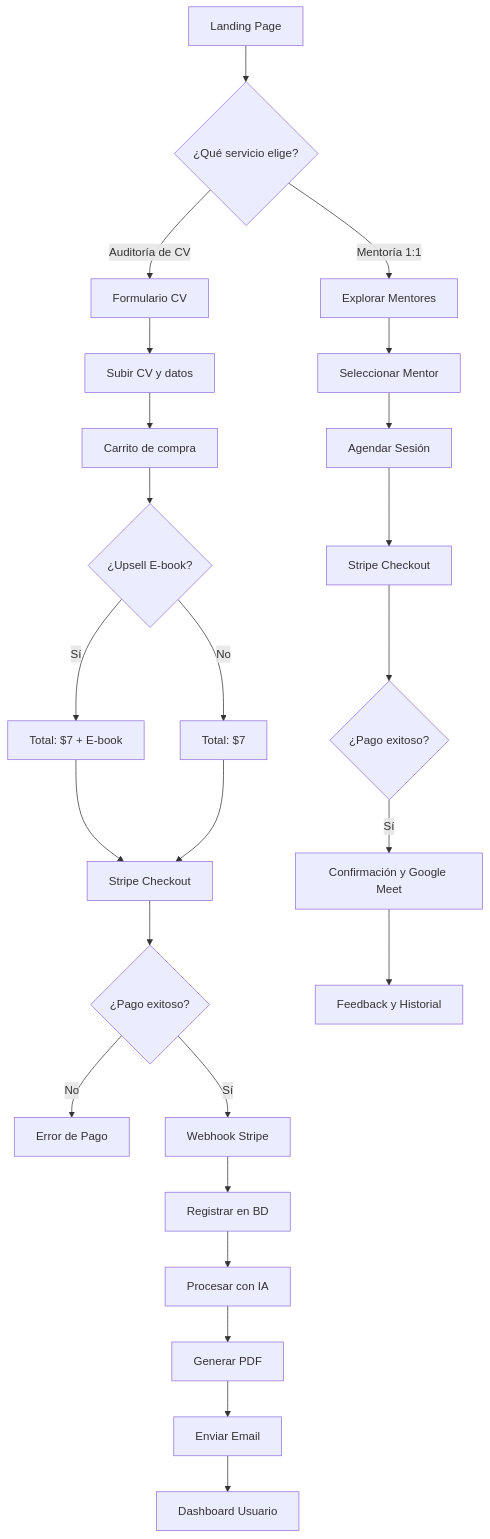
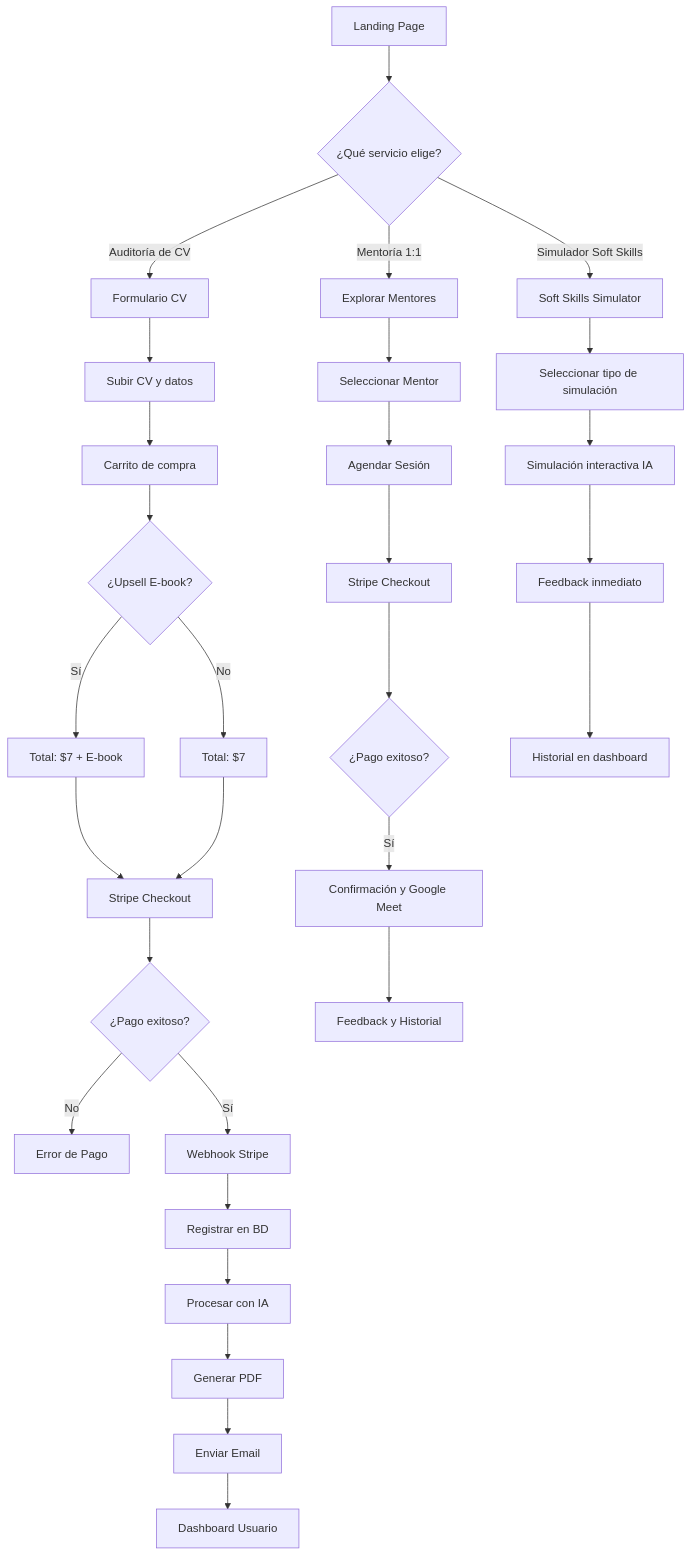
The diagram in docs/diagramas-flujo.md (marcelodanieldm/skillsforit), drawn with Mermaid before and after one commit.

Commit message:
docs: agregar flujo de /soft-skills-simulator al diagrama visual de usuario

````diff
--- a/docs/diagramas-flujo.md
+++ b/docs/diagramas-flujo.md
@@ -3,27 +3,32 @@
 ```mermaid
 flowchart TD
     A[Landing Page] --> B{¿Qué servicio elige?}
     B -->|Auditoría de CV| C[Formulario CV]
     B -->|Mentoría 1:1| D[Explorar Mentores]
+    B -->|Simulador Soft Skills| SS1[Soft Skills Simulator]
     C --> E[Subir CV y datos]
     E --> F[Carrito de compra]
     F --> G{¿Upsell E-book?}
     G -->|Sí| H[Total: $7 + E-book]
     G -->|No| I[Total: $7]
     H --> J[Stripe Checkout]
     I --> J
     J --> K{¿Pago exitoso?}
     K -->|No| L[Error de Pago]
     K -->|Sí| M[Webhook Stripe]
     M --> N[Registrar en BD]
     N --> O[Procesar con IA]
     O --> P[Generar PDF]
     P --> Q[Enviar Email]
     Q --> R[Dashboard Usuario]
     D --> S[Seleccionar Mentor]
     S --> T[Agendar Sesión]
     T --> U[Stripe Checkout]
     U --> V{¿Pago exitoso?}
     V -->|Sí| W[Confirmación y Google Meet]
     W --> X[Feedback y Historial]
+    SS1 --> SS2[Seleccionar tipo de simulación]
+    SS2 --> SS3[Simulación interactiva IA]
+    SS3 --> SS4[Feedback inmediato]
+    SS4 --> SS5[Historial en dashboard]
 ```
````
